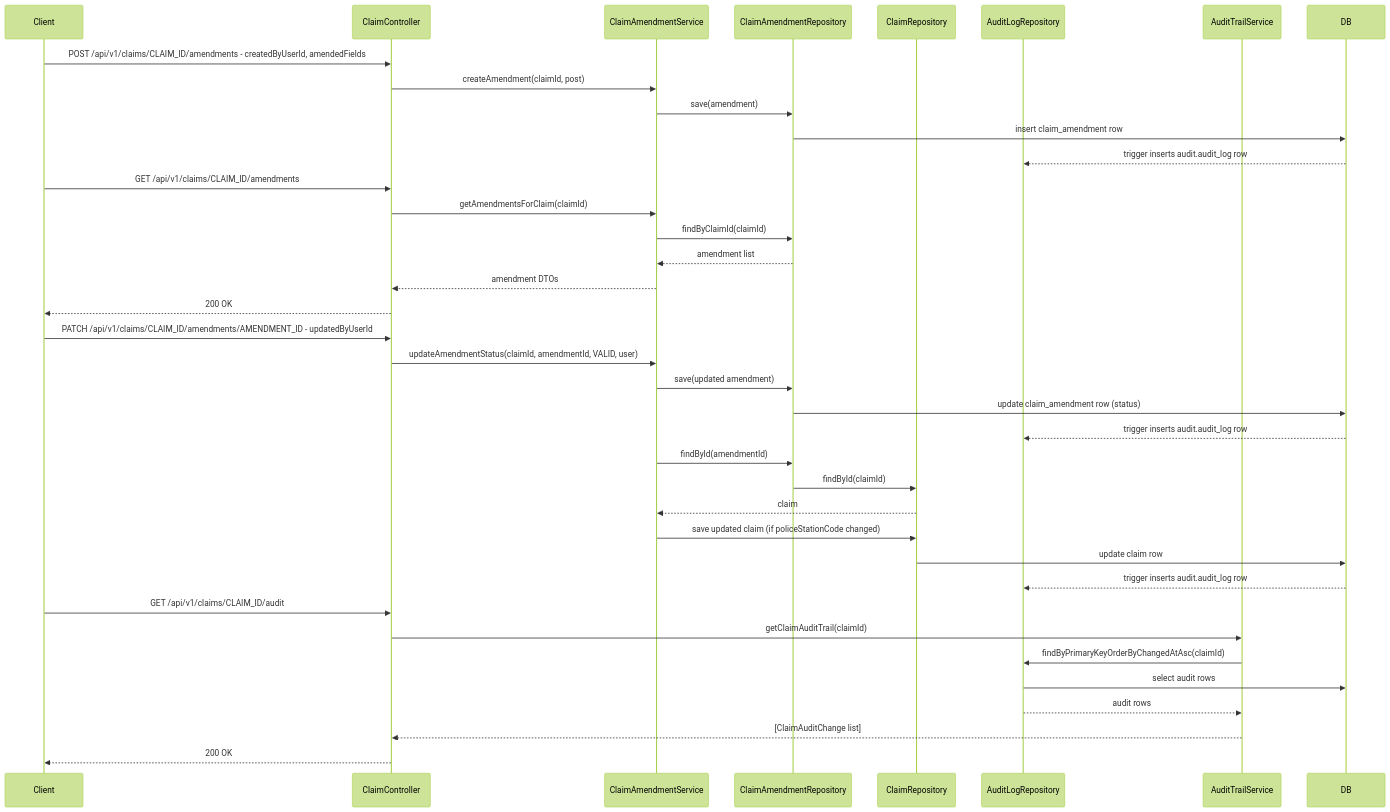
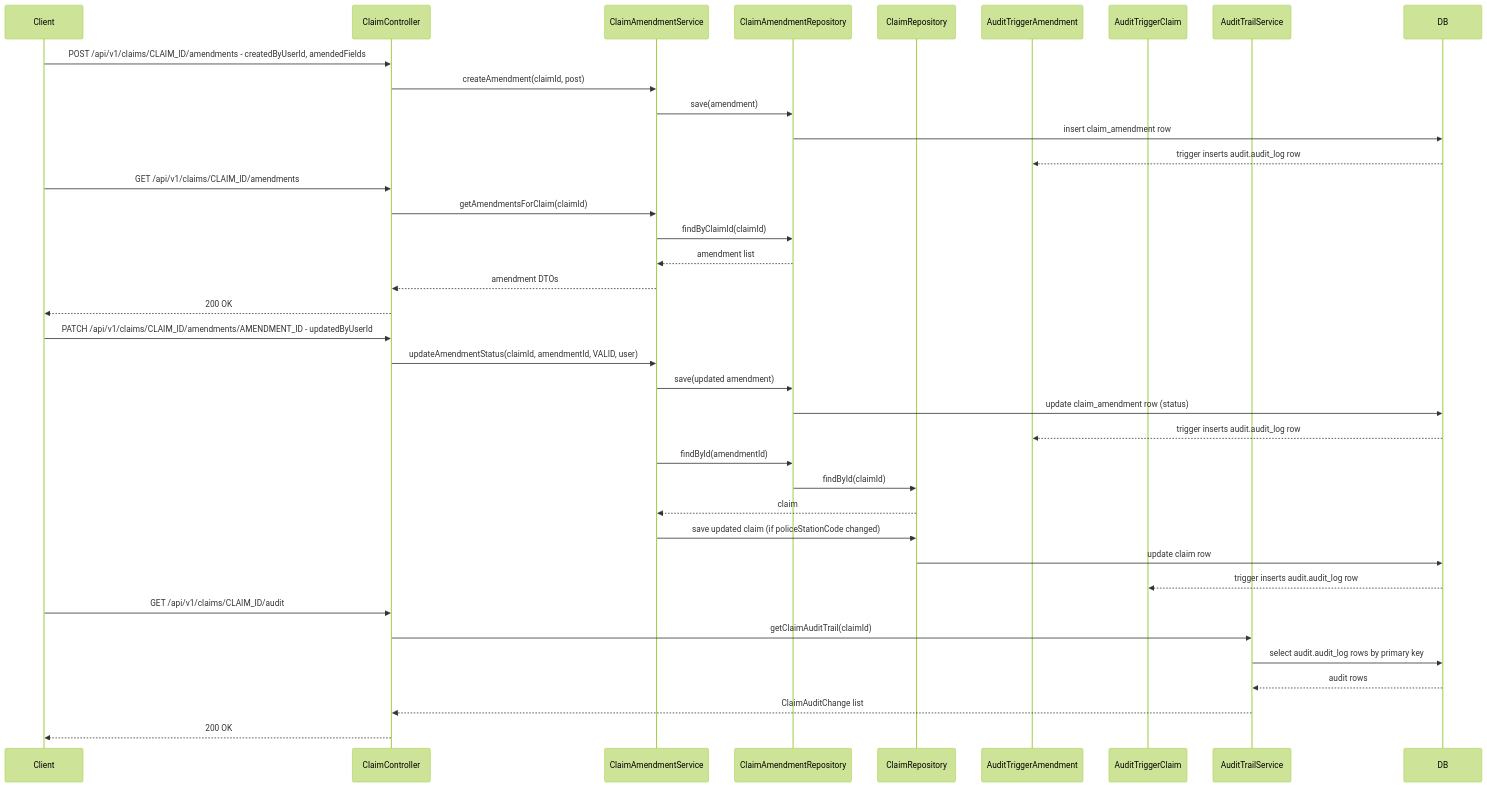
Before and after one commit to ministryofjustice/laa-data-claims-api: the second of 2 diagrams in docs/AMENDMENTS.md, drawn with Mermaid (forest theme). The commit also changed other lines of this file, not shown here.

````diff
--- a/docs/AMENDMENTS.md
+++ b/docs/AMENDMENTS.md
@@ -64,52 +63,52 @@
 ```mermaid
 sequenceDiagram
   participant Client
   participant ClaimController
   participant ClaimAmendmentService
   participant ClaimAmendmentRepository
   participant ClaimRepository
-  participant AuditLogRepository
+  participant AuditTriggerAmendment
+  participant AuditTriggerClaim
   participant AuditTrailService
   participant DB
 
   %% Create amendment
   Client->>ClaimController: POST /api/v1/claims/CLAIM_ID/amendments - createdByUserId, amendedFields
   ClaimController->>ClaimAmendmentService: createAmendment(claimId, post)
   ClaimAmendmentService->>ClaimAmendmentRepository: save(amendment)
   ClaimAmendmentRepository->>DB: insert claim_amendment row
   %% DB trigger writes audit row after insert
-  DB-->>AuditLogRepository: trigger inserts audit.audit_log row
+  DB-->>AuditTriggerAmendment: trigger inserts audit.audit_log row
 
   %% List amendments
   Client->>ClaimController: GET /api/v1/claims/CLAIM_ID/amendments
   ClaimController->>ClaimAmendmentService: getAmendmentsForClaim(claimId)
   ClaimAmendmentService->>ClaimAmendmentRepository: findByClaimId(claimId)
   ClaimAmendmentRepository-->>ClaimAmendmentService: amendment list
   ClaimAmendmentService-->>ClaimController: amendment DTOs
   ClaimController-->>Client: 200 OK
 
   %% Mark amendment VALID -> action
   Client->>ClaimController: PATCH /api/v1/claims/CLAIM_ID/amendments/AMENDMENT_ID - updatedByUserId
   ClaimController->>ClaimAmendmentService: updateAmendmentStatus(claimId, amendmentId, VALID, user)
   ClaimAmendmentService->>ClaimAmendmentRepository: save(updated amendment)
   ClaimAmendmentRepository->>DB: update claim_amendment row (status)
   %% DB trigger writes audit row after amendment update
-  DB-->>AuditLogRepository: trigger inserts audit.audit_log row
+  DB-->>AuditTriggerAmendment: trigger inserts audit.audit_log row
   ClaimAmendmentService->>ClaimAmendmentRepository: findById(amendmentId)
   ClaimAmendmentRepository->>ClaimRepository: findById(claimId)
   ClaimRepository-->>ClaimAmendmentService: claim
   ClaimAmendmentService->>ClaimRepository: save updated claim (if policeStationCode changed)
   ClaimRepository->>DB: update claim row
   %% DB trigger writes audit row after claim update
-  DB-->>AuditLogRepository: trigger inserts audit.audit_log row
+  DB-->>AuditTriggerClaim: trigger inserts audit.audit_log row
 
   %% Get audit trail for claim
   Client->>ClaimController: GET /api/v1/claims/CLAIM_ID/audit
   ClaimController->>AuditTrailService: getClaimAuditTrail(claimId)
-  AuditTrailService->>AuditLogRepository: findByPrimaryKeyOrderByChangedAtAsc(claimId)
-  AuditLogRepository->>DB: select audit rows
-  AuditLogRepository-->>AuditTrailService: audit rows
-  AuditTrailService-->>ClaimController: [ClaimAuditChange list]
+  AuditTrailService->>DB: select audit.audit_log rows by primary key
+  DB-->>AuditTrailService: audit rows
+  AuditTrailService-->>ClaimController: ClaimAuditChange list
   ClaimController-->>Client: 200 OK
 
 ```
````
